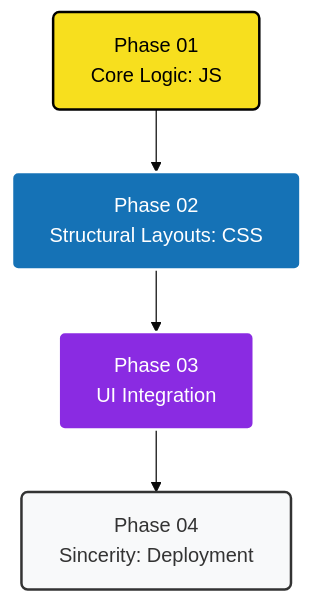
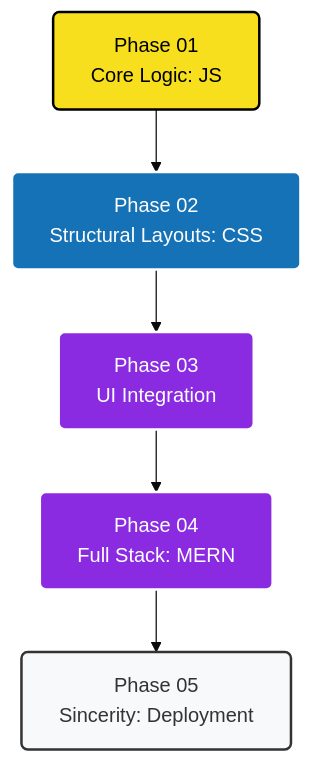
One commit to SonamNarula/ChaiCode-Dev-Cohort changed the first of 5 diagrams in README.md. Above: the diagram before and after it, drawn with Mermaid (base theme). The commit also changed other lines of this file and 29 other files, not shown here.

Commit message:
feat: Add Nike Store MERN stack project and update README

````diff
--- a/README.md
+++ b/README.md
@@ -20,11 +20,12 @@
 ```mermaid
 graph TD
     classDef js fill:#f7df1e,stroke:#000,stroke-width:2px,color:#000,rx:5px,ry:5px;
     classDef css fill:#1572b6,stroke:#fff,stroke-width:2px,color:#fff,rx:5px,ry:5px;
     classDef arc fill:#8a2be2,stroke:#fff,stroke-width:2px,color:#fff,rx:5px,ry:5px;
     classDef sin fill:#f8f9fa,stroke:#333,stroke-width:2px,color:#333,rx:5px,ry:5px;
 
     A[Phase 01<br/>Core Logic: JS]:::js --> B[Phase 02<br/>Structural Layouts: CSS]:::css
     B --> C[Phase 03<br/>UI Integration]:::arc
-    C --> D[Phase 04<br/>Sincerity: Deployment]:::sin
+    C --> E[Phase 04<br/>Full Stack: MERN]:::arc
+    E --> D[Phase 05<br/>Sincerity: Deployment]:::sin
 ```
````
